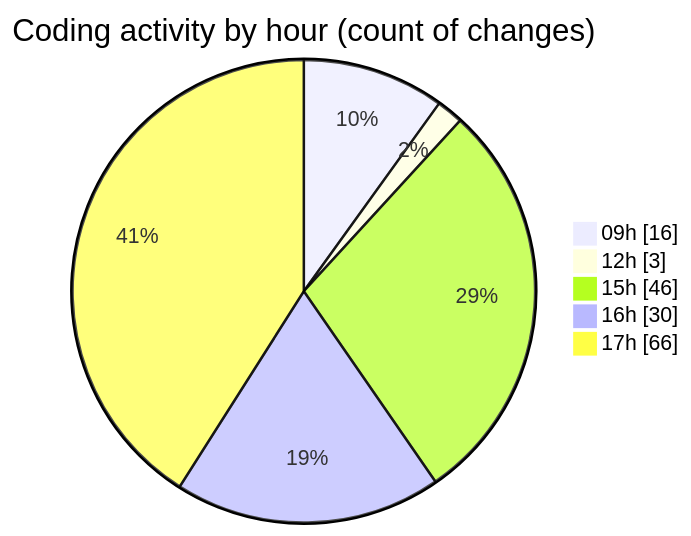
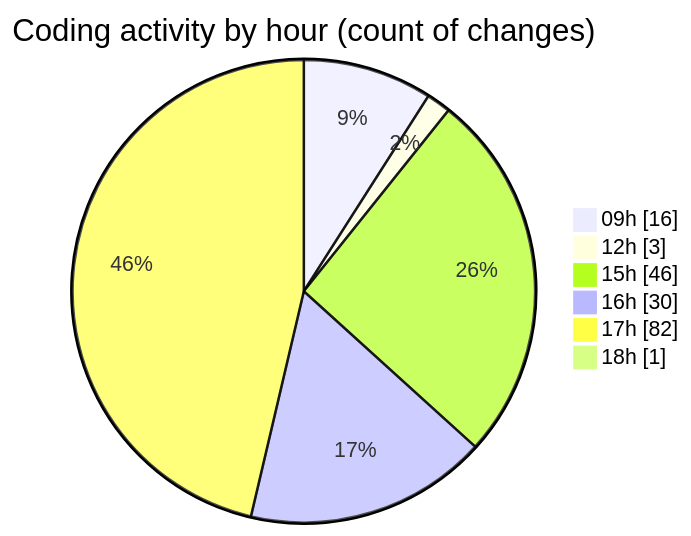
Before and after one commit to momahboobian/code-tracking: the second of 2 diagrams in 2025-07-08/cda/README.md, drawn with Mermaid. The commit also changed other lines of this file and 1 other file, not shown here.

````diff
--- a/2025-07-08/cda/README.md
+++ b/2025-07-08/cda/README.md
@@ -57,9 +58,10 @@
 ```mermaid
 pie showData
 title Coding activity by hour (count of changes)
 "09h" : 16
 "12h" : 3
 "15h" : 46
 "16h" : 30
-"17h" : 66
+"17h" : 82
+"18h" : 1
 ```
````
